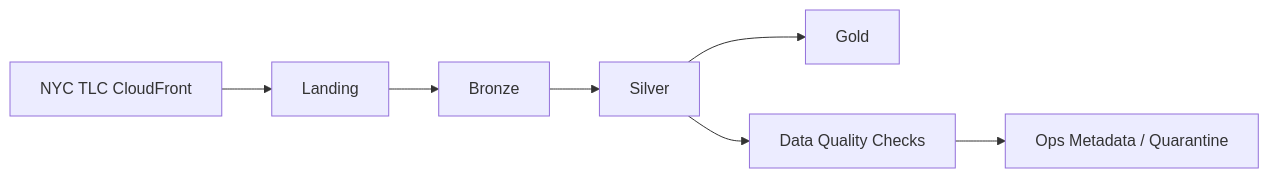
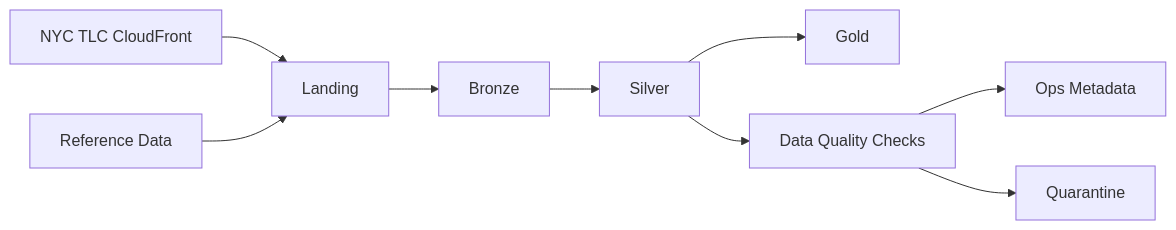
One commit to ddm18/nyc-taxi-lakehouse changed the diagram in docs/index.md. Above: the diagram before and after it, drawn with Mermaid. The commit also changed other lines of this file and 10 other files, not shown here.

Commit message:
Document phase 1 architecture updates

````diff
--- a/docs/index.md
+++ b/docs/index.md
@@ -35,10 +41,12 @@
 ```mermaid
 flowchart LR
     SRC["NYC TLC CloudFront"] --> L["Landing"]
+    REF["Reference Data"] --> L
     L --> B["Bronze"]
     B --> S["Silver"]
     S --> G["Gold"]
 
     S --> QC["Data Quality Checks"]
-    QC --> OPS["Ops Metadata / Quarantine"]
+    QC --> OPS["Ops Metadata"]
+    QC --> Q["Quarantine"]
 ```
````
